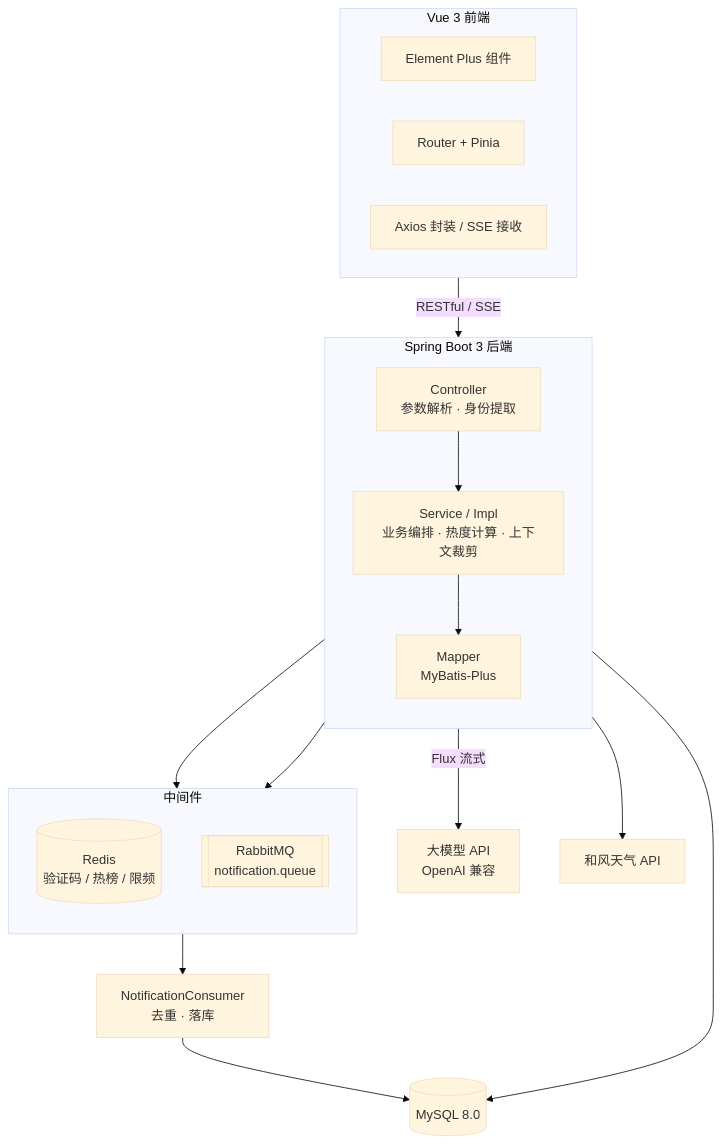
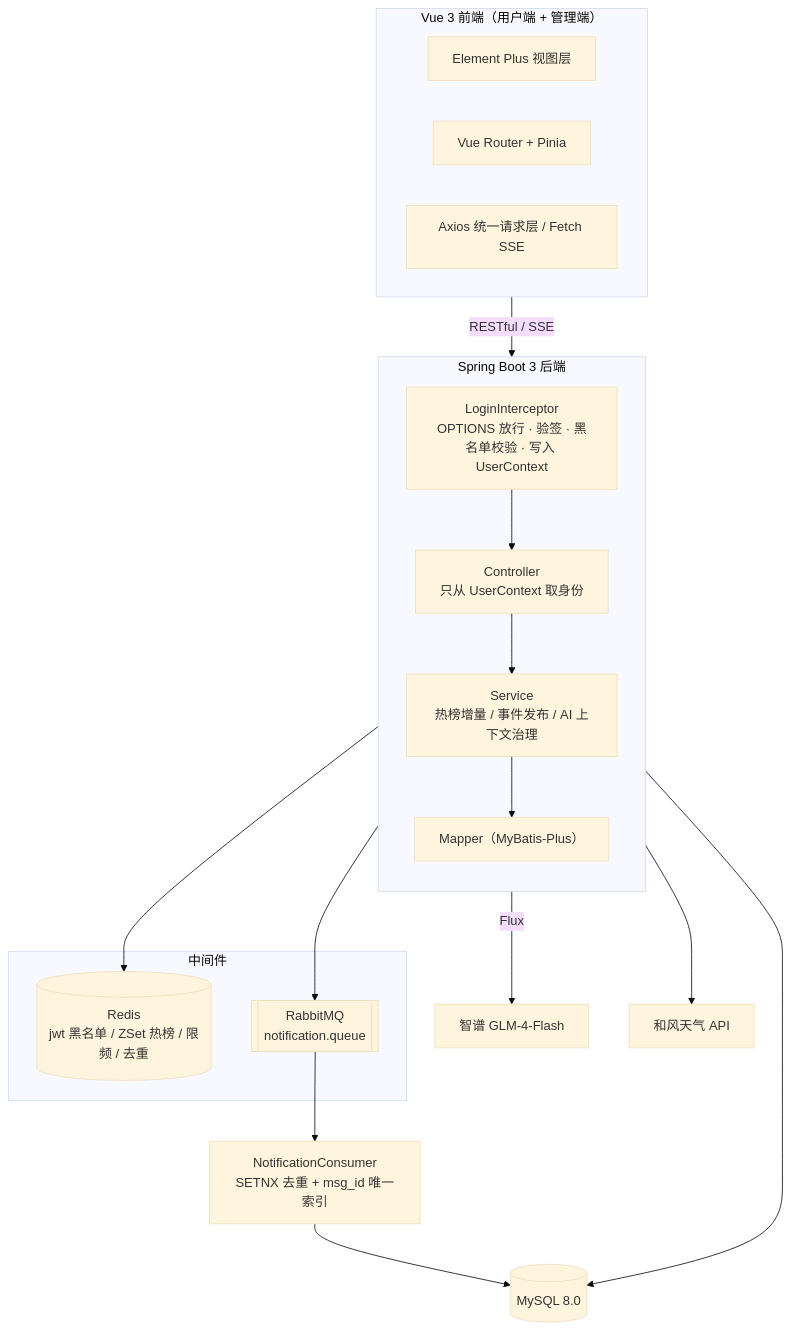
The first of 2 diagrams in README.md (yazhoujiucaihezi/Tech-Community), drawn with Mermaid (base theme) before and after one commit. The commit also changed other lines of this file and 6 other files, not shown here.

````diff
--- a/README.md
+++ b/README.md
@@ -108,37 +110,37 @@
 ```mermaid
 flowchart TB
-    subgraph FE["Vue 3 前端"]
+    subgraph FE["Vue 3 前端（用户端 + 管理端）"]
         direction LR
-        UI["Element Plus 组件"]
-        ROUTER["Router + Pinia"]
-        IO["Axios 封装 / SSE 接收"]
+        UI["Element Plus 视图层"]
+        ROUTER["Vue Router + Pinia"]
+        IO["Axios 统一请求层 / Fetch SSE"]
     end
 
     subgraph BE["Spring Boot 3 后端"]
         direction TB
-        C["Controller<br/>参数解析 · 身份提取"]
-        S["Service / Impl<br/>业务编排 · 热度计算 · 上下文裁剪"]
-        M["Mapper<br/>MyBatis-Plus"]
-        C --> S --> M
+        I["LoginInterceptor<br/>OPTIONS 放行 · 验签 · 黑名单校验 · 写入 UserContext"]
+        C["Controller<br/>只从 UserContext 取身份"]
+        S["Service<br/>热榜增量 / 事件发布 / AI 上下文治理"]
+        M["Mapper（MyBatis-Plus）"]
+        I --> C --> S --> M
     end
 
     subgraph MID["中间件"]
-        direction TB
-        R[("Redis<br/>验证码 / 热榜 / 限频")]
+        R[("Redis<br/>jwt 黑名单 / ZSet 热榜 / 限频 / 去重")]
         Q[["RabbitMQ<br/>notification.queue"]]
     end
 
     DB[("MySQL 8.0")]
-    MQ_CONS["NotificationConsumer<br/>去重 · 落库"]
-    AI["大模型 API<br/>OpenAI 兼容"]
+    MQ["NotificationConsumer<br/>SETNX 去重 + msg_id 唯一索引"]
+    AI["智谱 GLM-4-Flash"]
     WEA["和风天气 API"]
 
-    FE -->|"RESTful / SSE"| C
+    FE -->|"RESTful / SSE"| I
     M --> DB
     S --> R
     S --> Q
-    S -->|"Flux 流式"| AI
+    S -->|"Flux<String>"| AI
     S --> WEA
-    Q --> MQ_CONS
-    MQ_CONS --> DB
+    Q --> MQ
+    MQ --> DB
 ```
````
